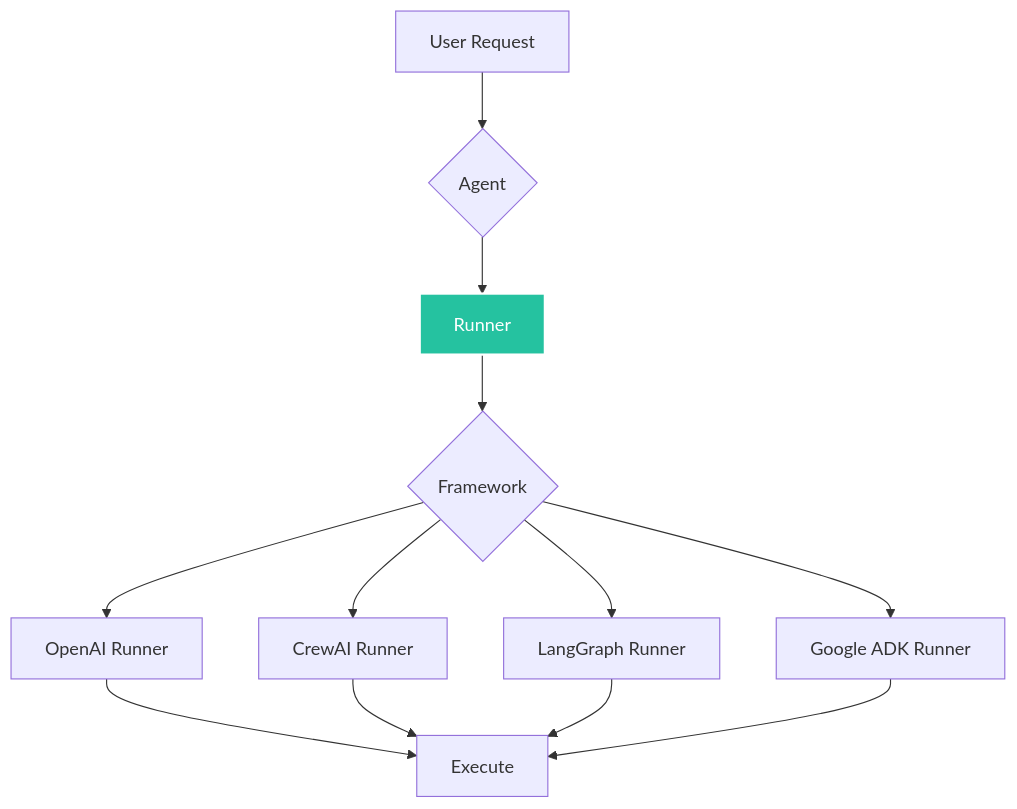
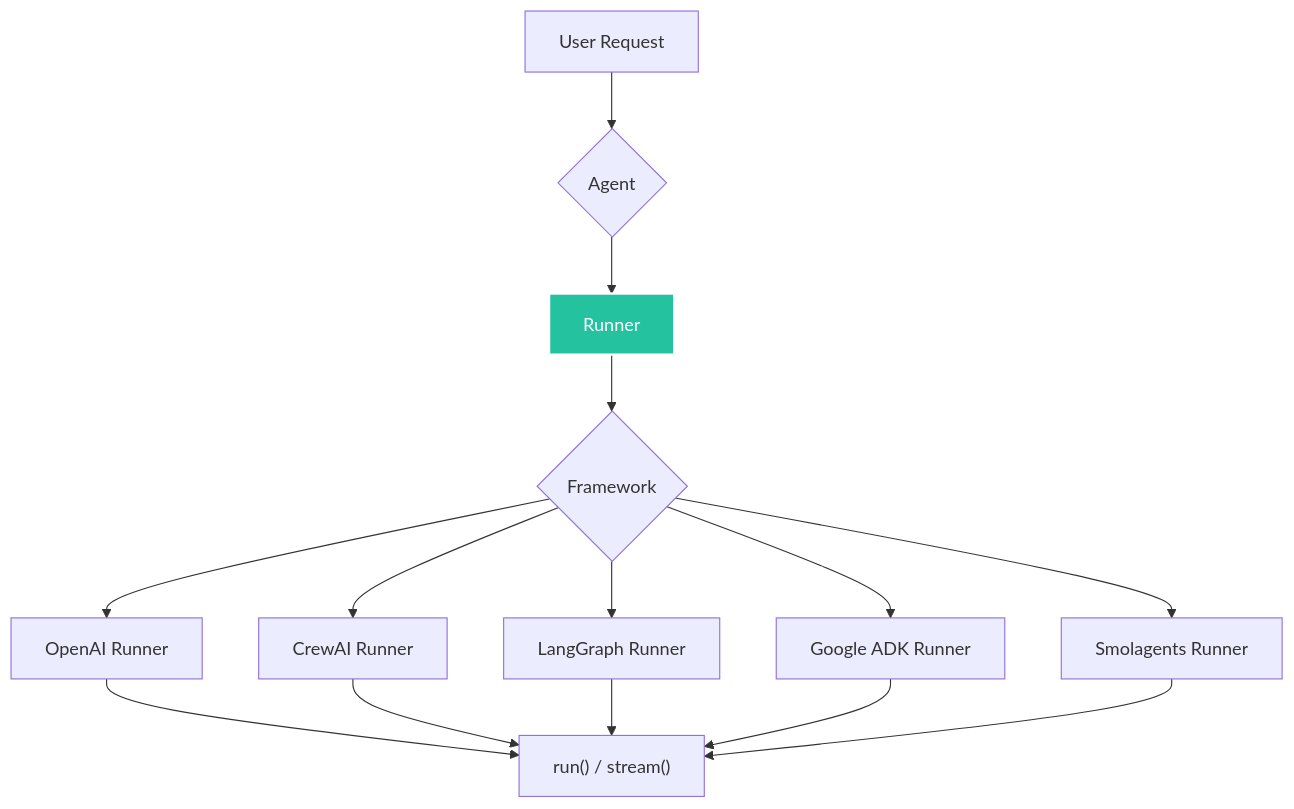
Before and after one commit to yaalalabs/agent-kernel: the first of 2 diagrams in docs/docs/core-concepts/runner.md, drawn with Mermaid. The commit also changed other lines of this file and 41 other files, not shown here.

````diff
--- a/docs/docs/core-concepts/runner.md
+++ b/docs/docs/core-concepts/runner.md
@@ -11,17 +11,19 @@
 ```mermaid
 graph TB
     A[User Request] --> B{Agent}
     B --> C[Runner]
     C --> D{Framework}
     D --> E[OpenAI Runner]
     D --> F[CrewAI Runner]
     D --> G[LangGraph Runner]
     D --> H[Google ADK Runner]
-    
-    E --> I[Execute]
-    F --> I
-    G --> I
-    H --> I
-    
+    D --> I[Smolagents Runner]
+
+    E --> J["run() / stream()"]
+    F --> J
+    G --> J
+    H --> J
+    I --> J
+
     style C fill:#25c2a0,stroke:#fff,stroke-width:2px,color:#fff
 ```
````
